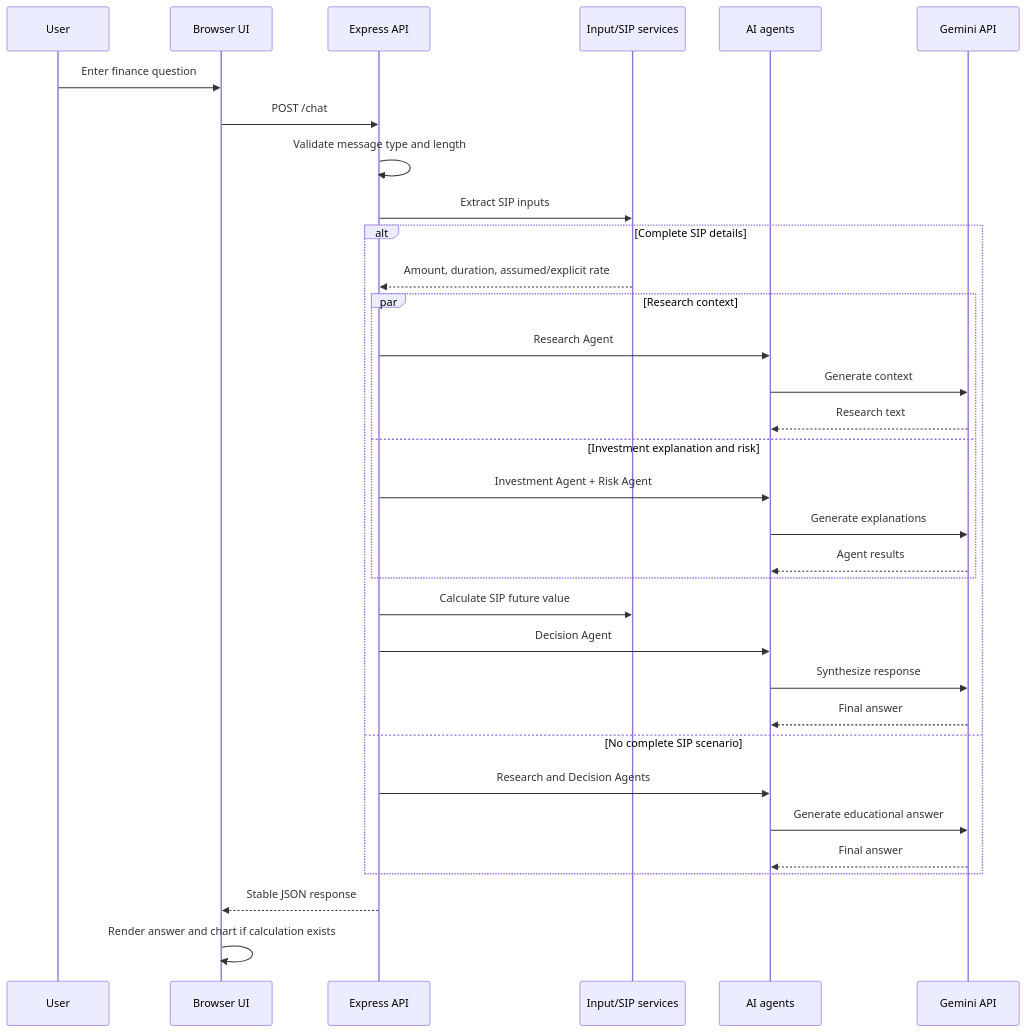
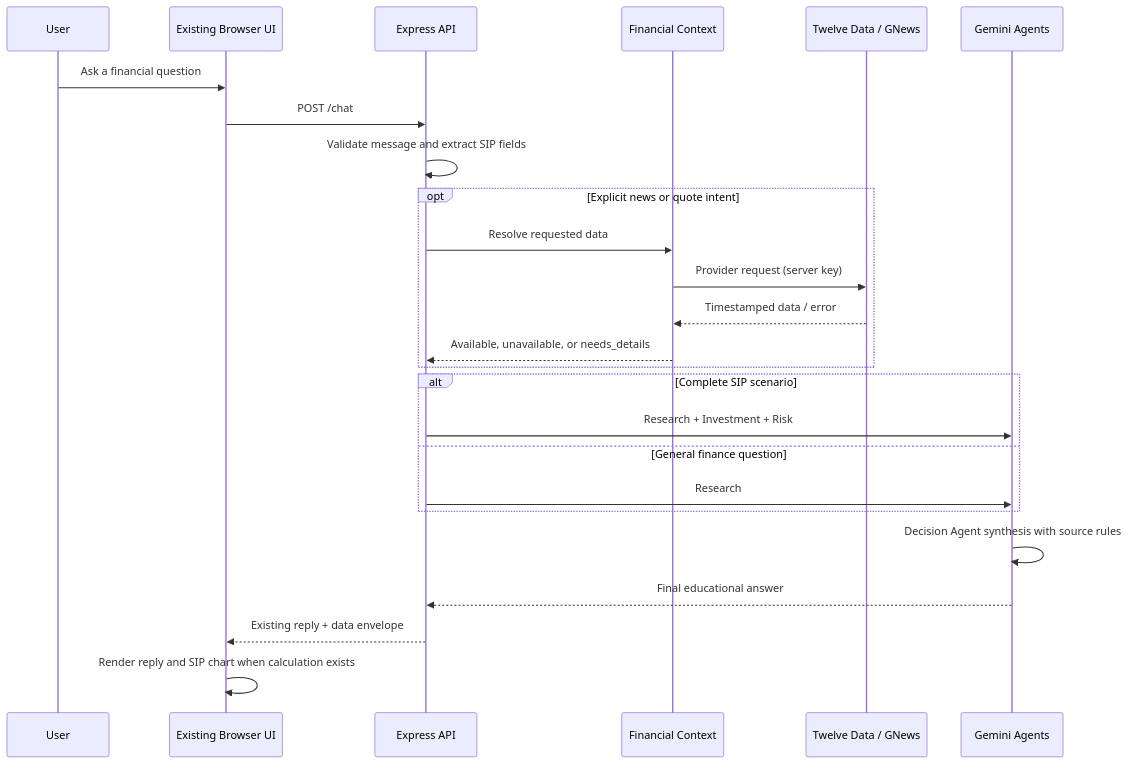
The second of 2 diagrams in docs/HLD.md (Nikki03-tech/Finwise-AI), drawn with Mermaid before and after one commit. The commit also changed other lines of this file and 23 other files, not shown here.

Commit message:
Build FinWise financial data, SIP API, and provider-backed context services

````diff
--- a/docs/HLD.md
+++ b/docs/HLD.md
@@ -35,35 +43,27 @@
 ```mermaid
 sequenceDiagram
     participant User
-    participant UI as Browser UI
+    participant UI as Existing Browser UI
     participant API as Express API
-    participant SIP as Input/SIP services
-    participant Agents as AI agents
-    participant Gemini as Gemini API
-    User->>UI: Enter finance question
+    participant CTX as Financial Context
+    participant Providers as Twelve Data / GNews
+    participant Agents as Gemini Agents
+    User->>UI: Ask a financial question
     UI->>API: POST /chat
-    API->>API: Validate message type and length
-    API->>SIP: Extract SIP inputs
-    alt Complete SIP details
-        SIP-->>API: Amount, duration, assumed/explicit rate
-        par Research context
-            API->>Agents: Research Agent
-            Agents->>Gemini: Generate context
-            Gemini-->>Agents: Research text
-        and Investment explanation and risk
-            API->>Agents: Investment Agent + Risk Agent
-            Agents->>Gemini: Generate explanations
-            Gemini-->>Agents: Agent results
-        end
-        API->>SIP: Calculate SIP future value
-        API->>Agents: Decision Agent
-        Agents->>Gemini: Synthesize response
-        Gemini-->>Agents: Final answer
-    else No complete SIP scenario
-        API->>Agents: Research and Decision Agents
-        Agents->>Gemini: Generate educational answer
-        Gemini-->>Agents: Final answer
+    API->>API: Validate message and extract SIP fields
+    opt Explicit news or quote intent
+        API->>CTX: Resolve requested data
+        CTX->>Providers: Provider request (server key)
+        Providers-->>CTX: Timestamped data / error
+        CTX-->>API: Available, unavailable, or needs_details
     end
-    API-->>UI: Stable JSON response
-    UI->>UI: Render answer and chart if calculation exists
+    alt Complete SIP scenario
+        API->>Agents: Research + Investment + Risk
+    else General finance question
+        API->>Agents: Research
+    end
+    Agents->>Agents: Decision Agent synthesis with source rules
+    Agents-->>API: Final educational answer
+    API-->>UI: Existing reply + data envelope
+    UI->>UI: Render reply and SIP chart when calculation exists
 ```
````
